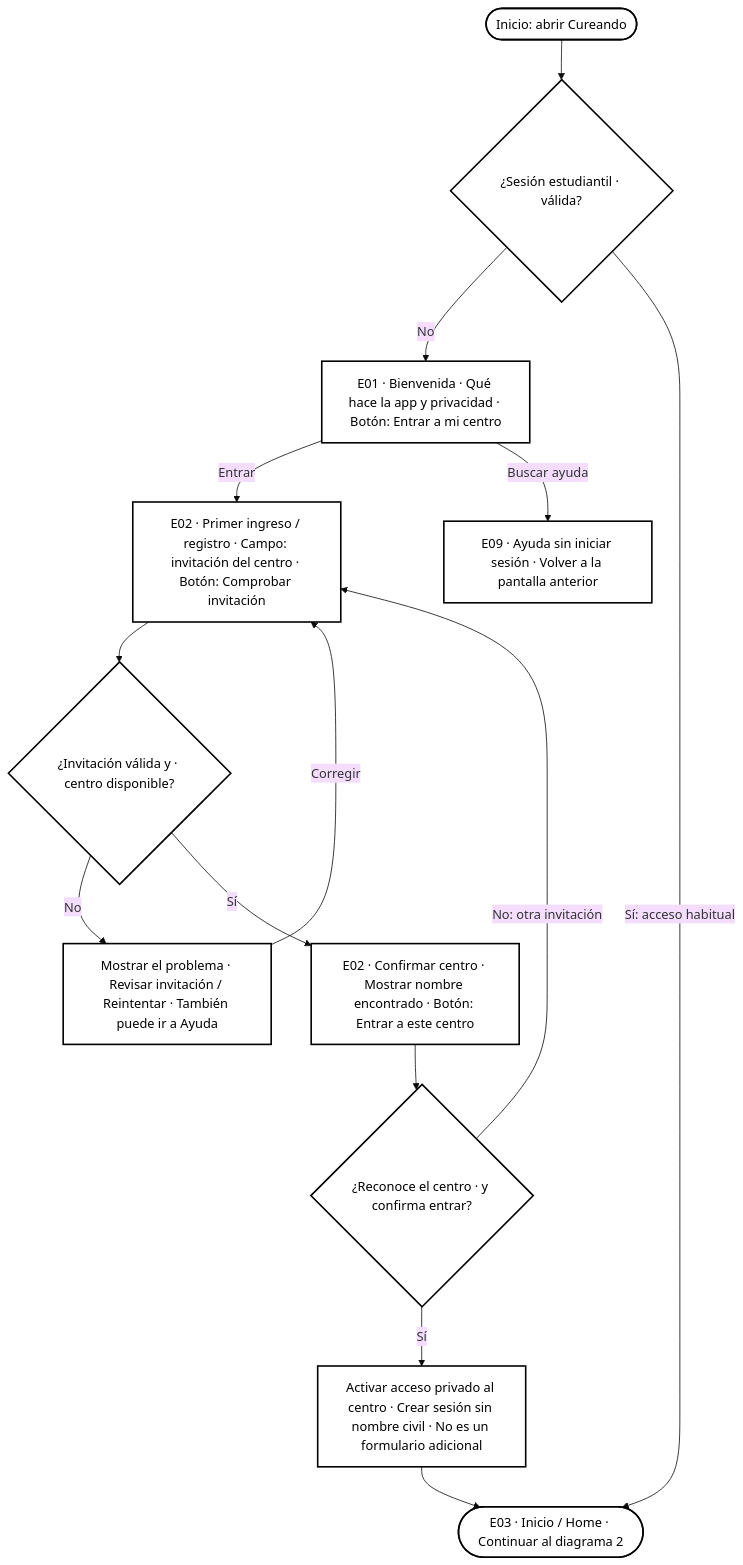
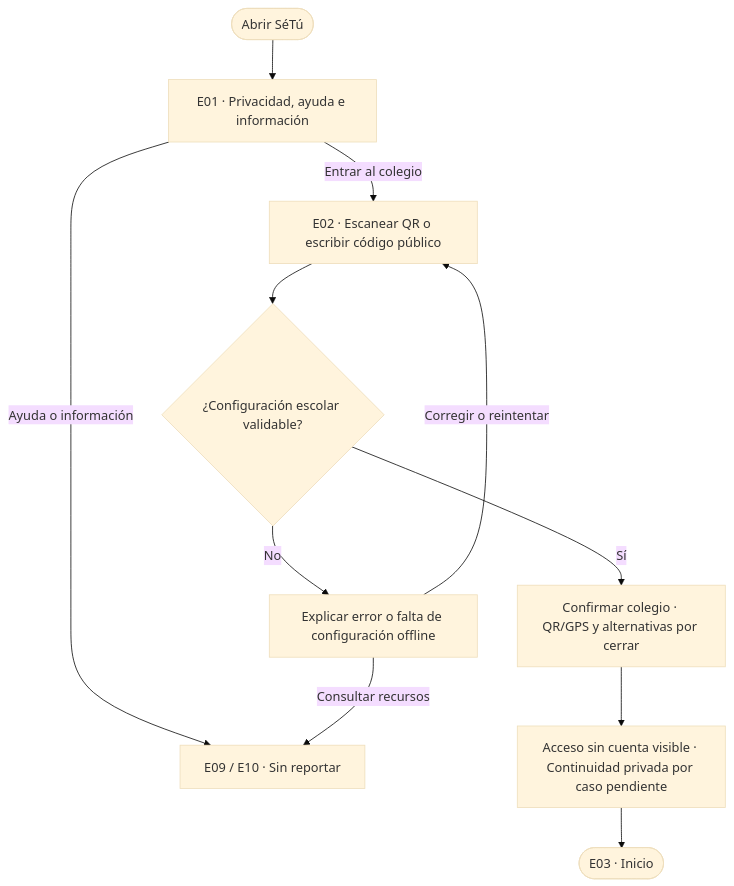
One commit to JaBaca67/Setu-Unicef-Bugnuelitos-UAM changed the first of 7 diagrams in docs/diseno/flujos/README.md. Above: the diagram before and after it, drawn with Mermaid (base theme). The commit also changed other lines of this file and 12 other files, not shown here.

Commit message:
docs: actualizar siete flujos Mermaid y retirar vistas obsoletas

````diff
--- a/docs/diseno/flujos/README.md
+++ b/docs/diseno/flujos/README.md
@@ -19,29 +13,13 @@
 ```mermaid
 flowchart TD
-    start(["Inicio: abrir Cureando"])
-    session{"¿Sesión estudiantil · válida?"}
-    welcome["E01 · Bienvenida · Qué hace la app y privacidad · Botón: Entrar a mi centro"]
-    invite["E02 · Primer ingreso / registro · Campo: invitación del centro · Botón: Comprobar invitación"]
-    valid{"¿Invitación válida y · centro disponible?"}
-    invalid["Mostrar el problema · Revisar invitación / Reintentar · También puede ir a Ayuda"]
-    school["E02 · Confirmar centro · Mostrar nombre encontrado · Botón: Entrar a este centro"]
-    recognize{"¿Reconoce el centro · y confirma entrar?"}
-    register["Activar acceso privado al centro · Crear sesión sin nombre civil · No es un formulario adicional"]
-    home(["E03 · Inicio / Home · Continuar al diagrama 2"])
-    help["E09 · Ayuda sin iniciar sesión · Volver a la pantalla anterior"]
-    start --> session
-    session -->|"No"| welcome
-    session -->|"Sí: acceso habitual"| home
-    welcome -->|"Entrar"| invite
-    welcome -->|"Buscar ayuda"| help
-    invite --> valid
-    valid -->|"No"| invalid
-    invalid -->|"Corregir"| invite
-    valid -->|"Sí"| school
-    school --> recognize
-    recognize -->|"No: otra invitación"| invite
-    recognize -->|"Sí"| register
-    register --> home
-    classDef plain fill:#fff,stroke:#000,color:#000,stroke-width:2px;
-    class start,session,welcome,invite,valid,invalid,school,recognize,register,home,help plain;
+    A(["Abrir SéTú"]) --> B["E01 · Privacidad, ayuda e información"]
+    B -->|"Entrar al colegio"| C["E02 · Escanear QR o escribir código público"]
+    B -->|"Ayuda o información"| H["E09 / E10 · Sin reportar"]
+    C --> D{"¿Configuración escolar validable?"}
+    D -->|"No"| X["Explicar error o falta de configuración offline"]
+    X -->|"Corregir o reintentar"| C
+    X -->|"Consultar recursos"| H
+    D -->|"Sí"| E["Confirmar colegio · QR/GPS y alternativas por cerrar"]
+    E --> F["Acceso sin cuenta visible · Continuidad privada por caso pendiente"]
+    F --> G(["E03 · Inicio"])
 ```
````
